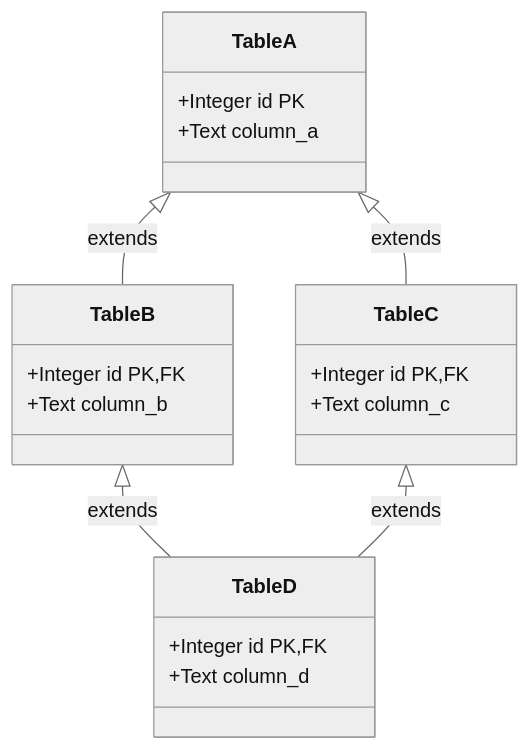
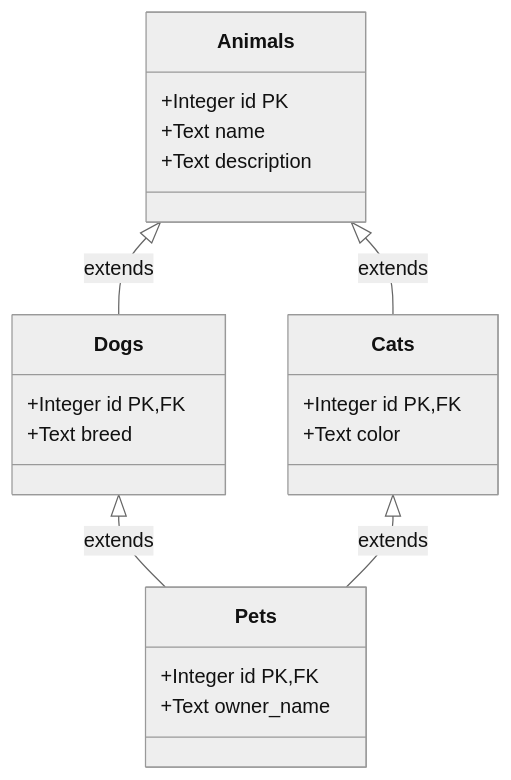
One commit to LucaCappelletti94/diesel-builders changed the third of 7 diagrams in README.md. Above: the diagram before and after it, drawn with Mermaid (neutral theme). The commit also changed other lines of this file and 6 other files, not shown here.

````diff
--- a/README.md
+++ b/README.md
@@ -63,24 +61,25 @@
 ```mermaid
 classDiagram
     direction BT
-    class TableA {
+    class Animals {
         +Integer id PK
-        +Text column_a
+        +Text name
+        +Text description
     }
-    class TableB {
+    class Dogs {
         +Integer id PK,FK
-        +Text column_b
+        +Text breed
     }
-    class TableC {
+    class Cats {
         +Integer id PK,FK
-        +Text column_c
+        +Text color
     }
-    class TableD {
+    class Pets {
         +Integer id PK,FK
-        +Text column_d
+        +Text owner_name
     }
-    TableB --|> TableA : extends
-    TableC --|> TableA : extends
-    TableD --|> TableB : extends
-    TableD --|> TableC : extends
+    Dogs --|> Animals : extends
+    Cats --|> Animals : extends
+    Pets --|> Dogs : extends
+    Pets --|> Cats : extends
 ```
````
